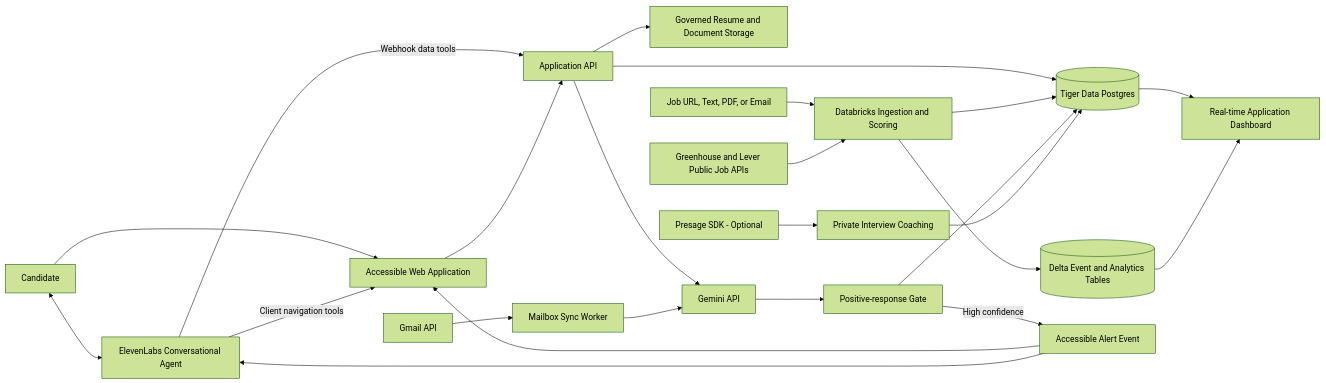
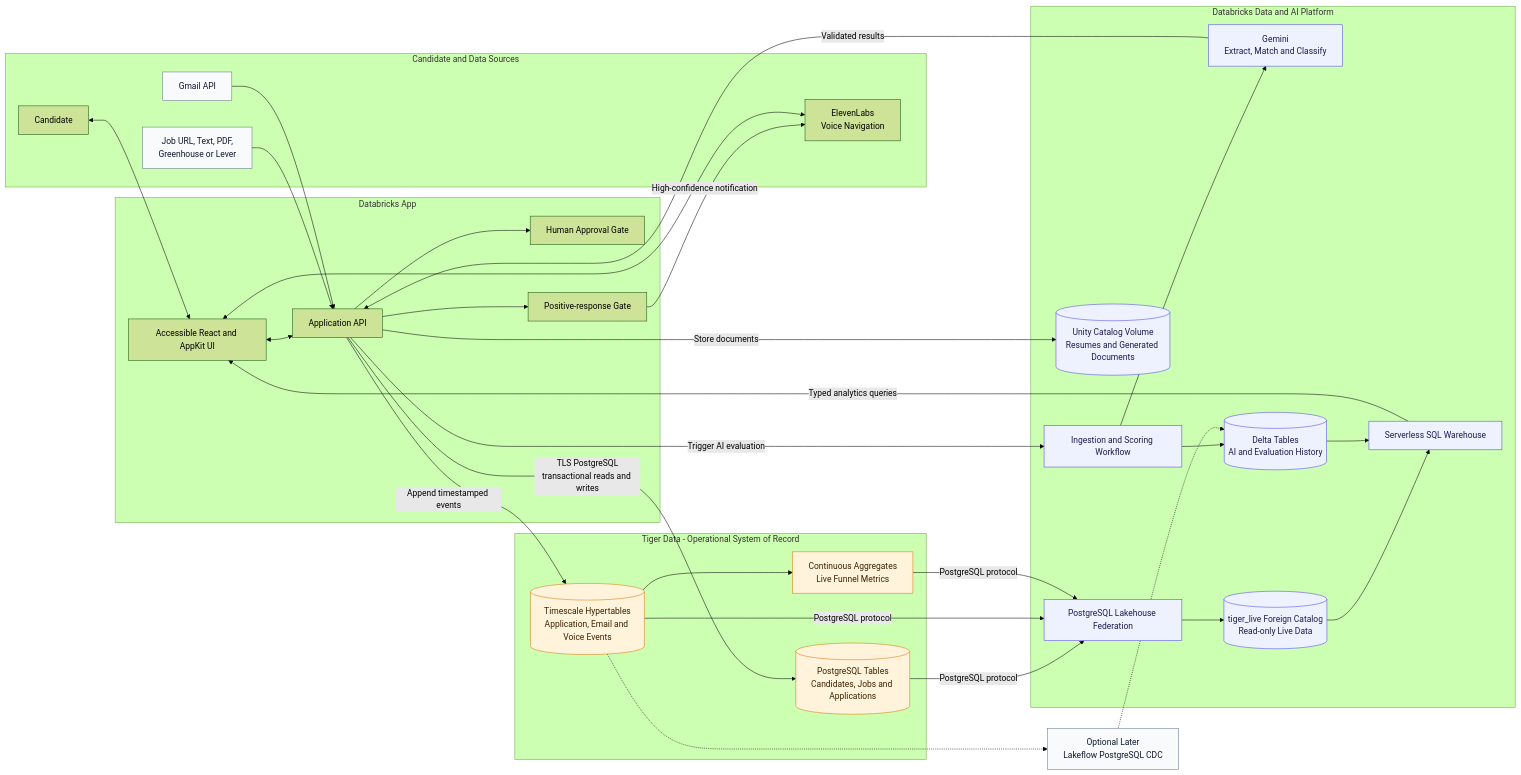
One commit to vijayvanapalli96/vthacks_2026 changed the diagram in docs/diagrams/system-architecture.mmd. Above: the diagram before and after it, drawn with Mermaid (forest theme). The commit also changed 5 other files, not shown here.

Commit message:
docs: add Databricks bootstrap and architecture assets

```diff
--- a/docs/diagrams/system-architecture.mmd
+++ b/docs/diagrams/system-architecture.mmd
@@ -1,29 +1,68 @@
 flowchart LR
-    USER[Candidate] <--> VOICE[ElevenLabs Conversational Agent]
-    USER --> UI[Accessible Web Application]
-    VOICE -->|Client navigation tools| UI
-    VOICE -->|Webhook data tools| API
-    UI --> API[Application API]
+    subgraph INPUTS[Candidate and Data Sources]
+        USER[Candidate]
+        JOBS[Job URL, Text, PDF,<br/>Greenhouse or Lever]
+        GMAIL[Gmail API]
+        VOICE[ElevenLabs<br/>Voice Navigation]
+    end
 
-    API --> TIGER[(Tiger Data Postgres)]
-    API --> FILES[Governed Resume and Document Storage]
-    API --> GEMINI[Gemini API]
+    subgraph APPLICATION[Databricks App]
+        UI[Accessible React and AppKit UI]
+        API[Application API]
+        APPROVAL[Human Approval Gate]
+        ALERT[Positive-response Gate]
+        UI <--> API
+        API --> APPROVAL
+        API --> ALERT
+    end
 
-    MANUAL[Job URL, Text, PDF, or Email] --> INGEST[Databricks Ingestion and Scoring]
-    ATS[Greenhouse and Lever Public Job APIs] --> INGEST
-    INGEST --> TIGER
-    INGEST --> LAKE[(Delta Event and Analytics Tables)]
+    USER <--> UI
+    VOICE <--> UI
+    JOBS --> API
+    GMAIL --> API
 
-    GMAIL[Gmail API] --> MAILWORKER[Mailbox Sync Worker]
-    MAILWORKER --> GEMINI
-    GEMINI --> DECISION[Positive-response Gate]
-    DECISION --> TIGER
-    DECISION -->|High confidence| ALERT[Accessible Alert Event]
-    ALERT --> UI
-    ALERT --> VOICE
+    subgraph TIGER[Tiger Data - Operational System of Record]
+        CORE[(PostgreSQL Tables<br/>Candidates, Jobs and Applications)]
+        EVENTS[(Timescale Hypertables<br/>Application, Email and Voice Events)]
+        AGG[Continuous Aggregates<br/>Live Funnel Metrics]
+        EVENTS --> AGG
+    end
 
-    TIGER --> DASH[Real-time Application Dashboard]
-    LAKE --> DASH
+    API -->|TLS PostgreSQL<br/>transactional reads and writes| CORE
+    API -->|Append timestamped events| EVENTS
+    ALERT -->|High-confidence notification| VOICE
 
-    PRESAGE[Presage SDK - Optional] --> COACH[Private Interview Coaching]
-    COACH --> TIGER
+    subgraph DATABRICKS[Databricks Data and AI Platform]
+        WORKFLOW[Ingestion and Scoring Workflow]
+        GEMINI[Gemini<br/>Extract, Match and Classify]
+        FILES[(Unity Catalog Volume<br/>Resumes and Generated Documents)]
+        DELTA[(Delta Tables<br/>AI and Evaluation History)]
+        FED[PostgreSQL Lakehouse Federation]
+        FOREIGN[(tiger_live Foreign Catalog<br/>Read-only Live Data)]
+        SQL[Serverless SQL Warehouse]
+
+        WORKFLOW --> GEMINI
+        WORKFLOW --> DELTA
+        FED --> FOREIGN
+        FOREIGN --> SQL
+        DELTA --> SQL
+    end
+
+    API -->|Store documents| FILES
+    API -->|Trigger AI evaluation| WORKFLOW
+    GEMINI -->|Validated results| API
+    CORE -->|PostgreSQL protocol| FED
+    EVENTS -->|PostgreSQL protocol| FED
+    AGG -->|PostgreSQL protocol| FED
+    SQL -->|Typed analytics queries| UI
+
+    CDC[Optional Later<br/>Lakeflow PostgreSQL CDC]
+    EVENTS -.-> CDC
+    CDC -.-> DELTA
+
+    classDef tiger fill:#fff3dc,stroke:#d97706,color:#3b2200;
+    classDef dbx fill:#eef2ff,stroke:#4f46e5,color:#1e1b4b;
+    classDef external fill:#f8fafc,stroke:#64748b,color:#0f172a;
+    class CORE,EVENTS,AGG tiger;
+    class FED,FOREIGN,WORKFLOW,GEMINI,DELTA,FILES,SQL dbx;
+    class JOBS,GMAIL,CDC external;
```
